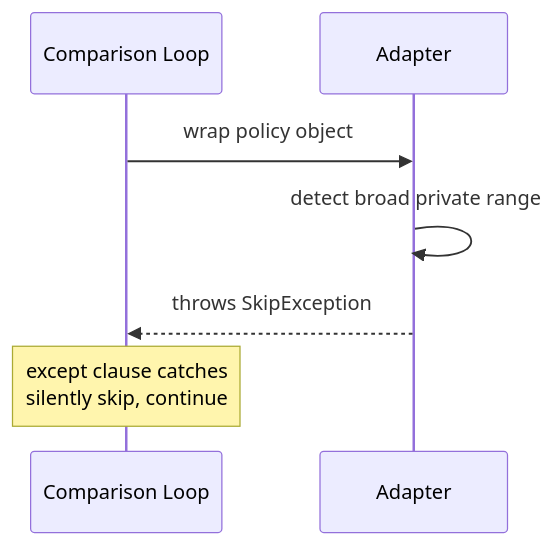
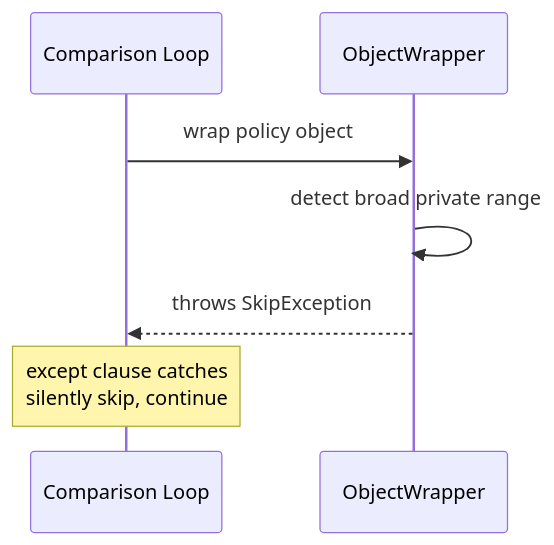
The ninth of 13 diagrams in content/post/pattern/conflict-check.md (wiloon/blog), drawn with Mermaid before and after one commit. The commit also changed other lines of this file and 8 other files, not shown here.

````diff
--- a/content/post/pattern/conflict-check.md
+++ b/content/post/pattern/conflict-check.md
@@ -308,10 +291,10 @@
 ```mermaid
 sequenceDiagram
     participant CmpLoop as Comparison Loop
-    participant Adapter
+    participant ObjectWrapper
 
-    CmpLoop->>Adapter: wrap policy object
-    Adapter->>Adapter: detect broad private range
-    Adapter-->>CmpLoop: throws SkipException
+    CmpLoop->>ObjectWrapper: wrap policy object
+    ObjectWrapper->>ObjectWrapper: detect broad private range
+    ObjectWrapper-->>CmpLoop: throws SkipException
     Note over CmpLoop: except clause catches<br/>silently skip, continue
 ```
````
